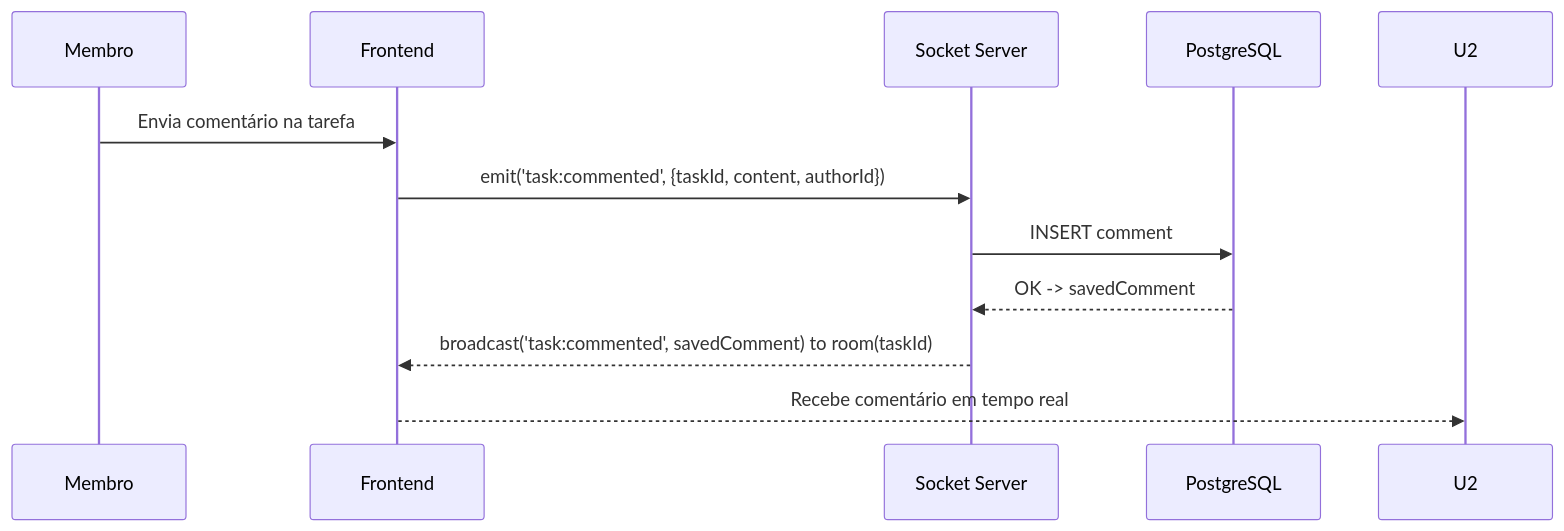
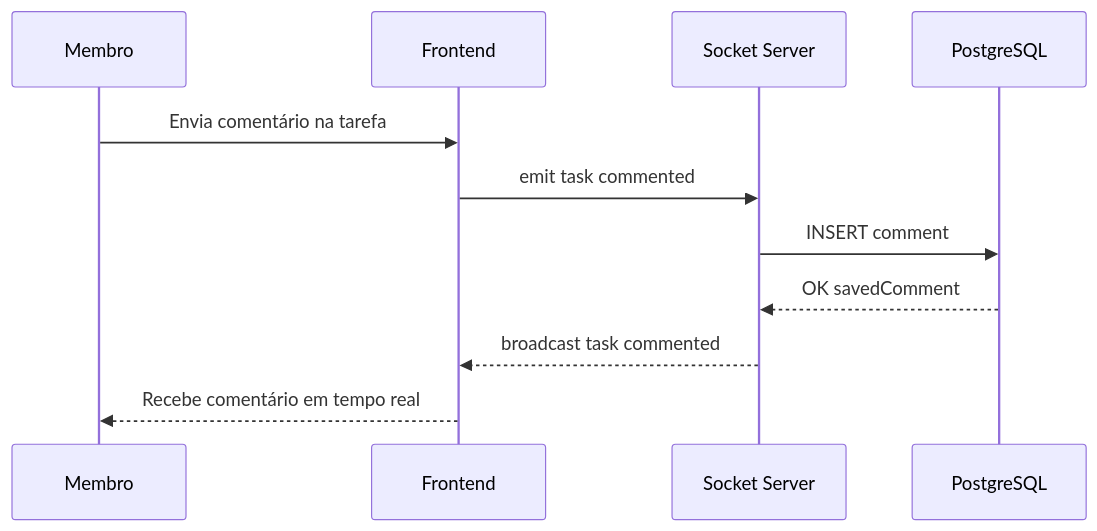
Before and after one commit to EduardoReis2020/Tarefix: the fifth of 7 diagrams in docs/Tarefix.md, drawn with Mermaid. The commit also changed other lines of this file, not shown here.

````diff
--- a/docs/Tarefix.md
+++ b/docs/Tarefix.md
@@ -252,14 +252,14 @@
 ```mermaid
 sequenceDiagram
   participant U1 as Membro
   participant FE as Frontend
   participant Socket as Socket Server
   participant DB as PostgreSQL
 
   U1->>FE: Envia comentário na tarefa
-  FE->>Socket: emit('task:commented', {taskId, content, authorId})
+  FE->>Socket: emit task commented
   Socket->>DB: INSERT comment
-  DB-->>Socket: OK -> savedComment
-  Socket-->>FE: broadcast('task:commented', savedComment) to room(taskId)
-  FE-->>U2: Recebe comentário em tempo real
+  DB-->>Socket: OK savedComment
+  Socket-->>FE: broadcast task commented
+  FE-->>U1: Recebe comentário em tempo real
 ```
````
